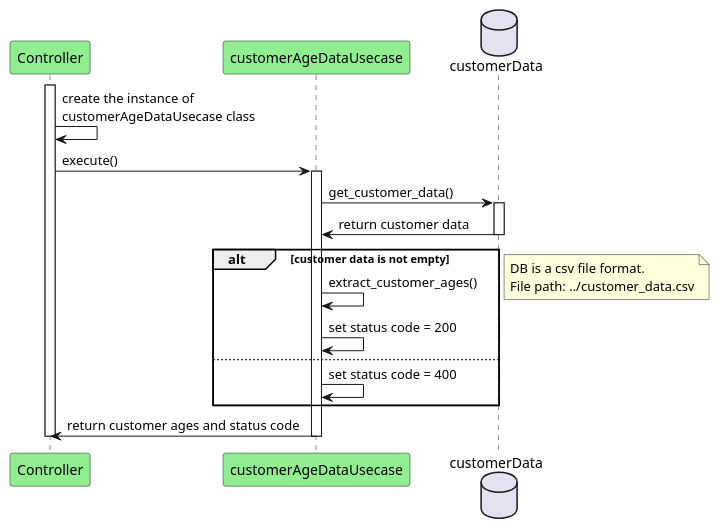
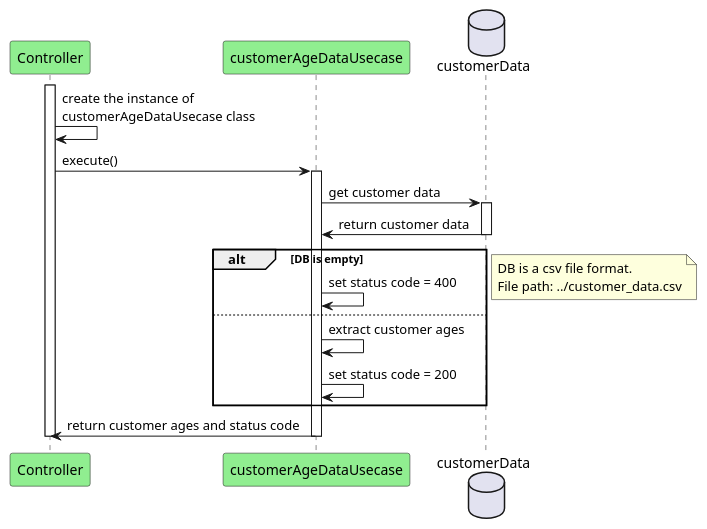
Before and after one commit to TS-1224/CS361-PDMS: the second of 2 diagrams in README.md, drawn with PlantUML. The commit also changed 6 other files, not shown here.

Commit message:
Implemented customerAgeData event

````diff
--- a/README.md
+++ b/README.md
@@ -107,38 +107,39 @@
 ```plantuml
 @startuml
 
 ' Participants
 Participant Controller as cont #LightGreen
 Participant customerAgeDataUsecase as uc #LightGreen
 database customerData as cd
 
 activate cont
 
 cont -> cont: create the instance of \ncustomerAgeDataUsecase class
 cont -> uc: execute()
 
 activate uc
 
-uc -> cd: get_customer_data()
+uc -> cd: get customer data
 activate cd
 cd -> uc: return customer data
 deactivate cd
 
-alt customer data is not empty
-    uc -> uc: extract_customer_ages()
+alt DB is empty
+    uc -> uc: set status code = 400
+else
+
+    uc -> uc: extract customer ages
     uc -> uc: set status code = 200
-else
-    uc -> uc: set status code = 400
 end
 
 note right
  DB is a csv file format.
  File path: ../customer_data.csv
 end note
 
 cont <- uc: return customer ages and status code
 
 deactivate uc
 deactivate cont
 @enduml
 ```
````
